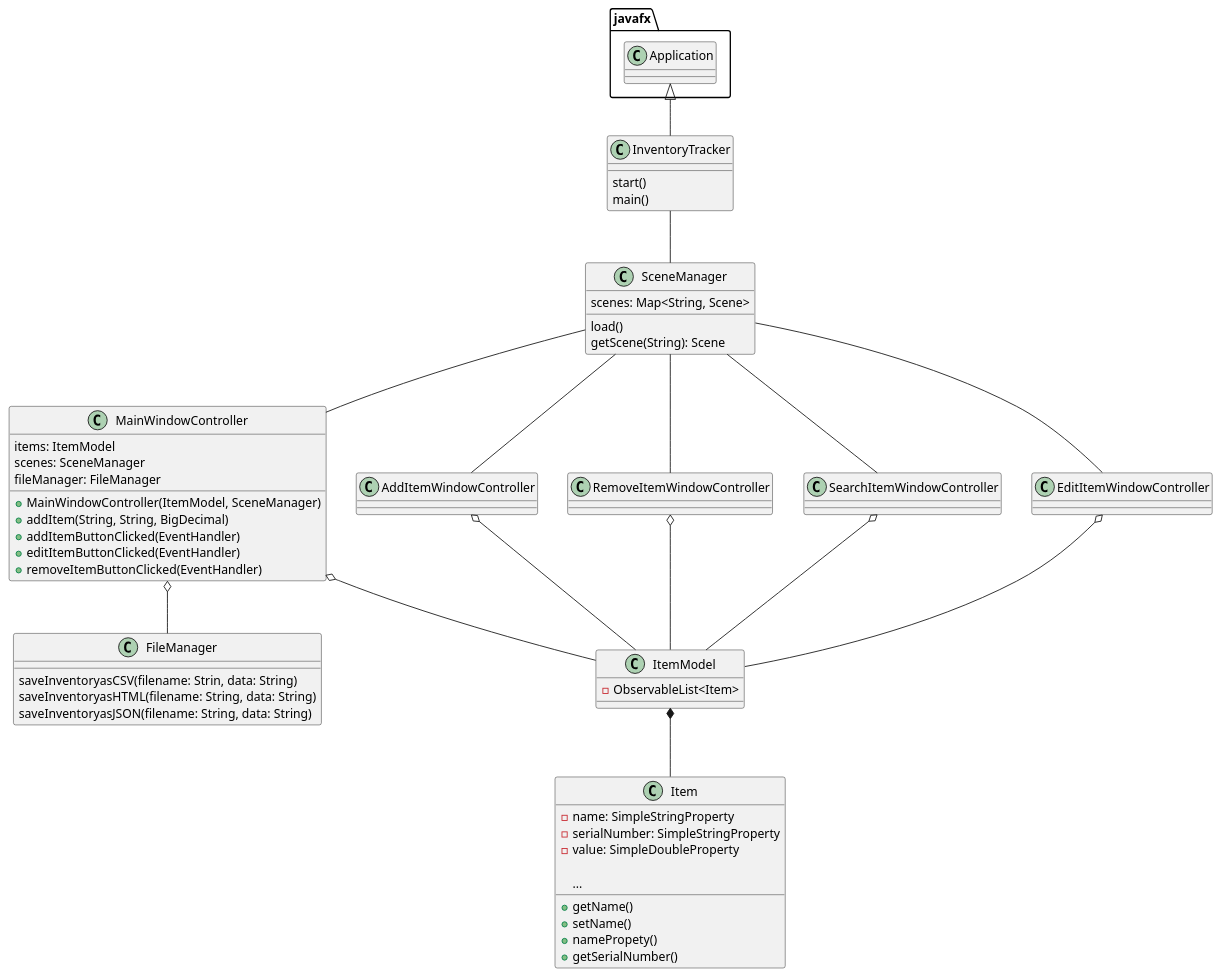
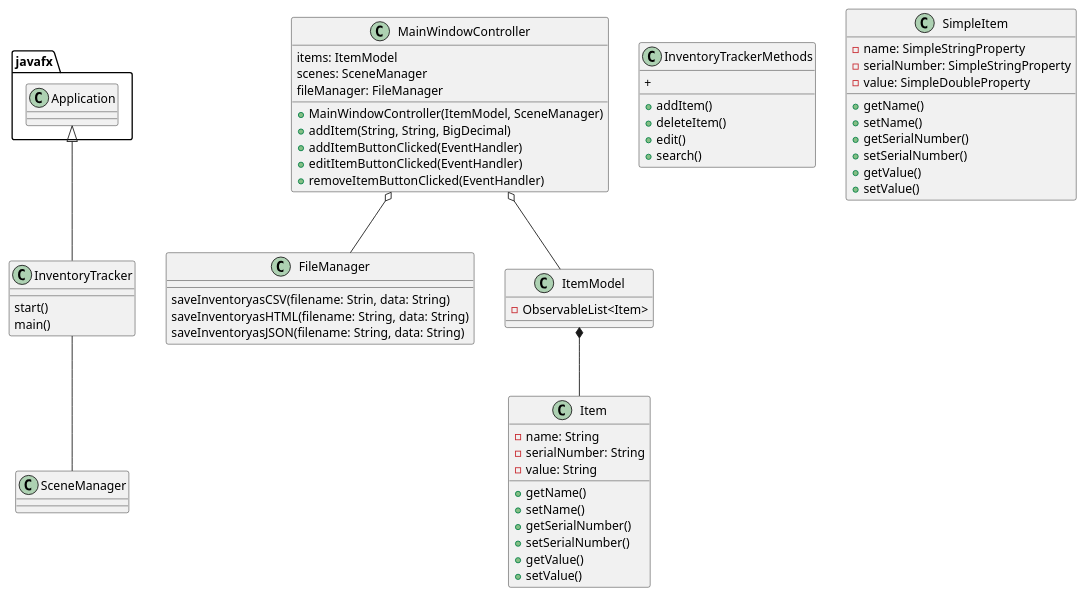
Before and after one commit to k-narotam/Inventory-Tracker: the diagram in uml/diagram.puml, drawn with PlantUML. The commit also changed 11 other files, not shown here.

```diff
--- a/uml/diagram.puml
+++ b/uml/diagram.puml
@@ -1,75 +1,77 @@
 @startuml
 'https://plantuml.com/class-diagram
 
 class InventoryTracker {
     start()
     main()
-}
-
-class SceneManager {
-    scenes: Map<String, Scene>
-    load()
-    getScene(String): Scene
 }
 
 class MainWindowController {
     items: ItemModel
     scenes: SceneManager
     fileManager: FileManager
     + MainWindowController(ItemModel, SceneManager)
     + addItem(String, String, BigDecimal)
     + addItemButtonClicked(EventHandler)
     + editItemButtonClicked(EventHandler)
     + removeItemButtonClicked(EventHandler)
 
 }
 
+class InventoryTrackerMethods {
+    +addItem()
+    +deleteItem()
+    +edit()
+    +search()
+    +
+
+
+}
+
+
 class FileManager {
     saveInventoryasCSV(filename: Strin, data: String)
     saveInventoryasHTML(filename: String, data: String)
     saveInventoryasJSON(filename: String, data: String)
    }
 
 
-class AddItemWindowController {
-
-}
-
-class RemoveItemWindowController {
-}
-
-
-class SearchItemWindowController {
-}
 
 class ItemModel {
     - ObservableList<Item>
 }
 
 class Item {
+    - name: String
+    - serialNumber: String
+    - value: String
+
+    +getName()
+    +setName()
+    +getSerialNumber()
+    +setSerialNumber()
+    +getValue()
+    +setValue()
+}
+
+class SimpleItem {
     - name: SimpleStringProperty
     - serialNumber: SimpleStringProperty
     - value: SimpleDoubleProperty
 
     +getName()
     +setName()
-    +namePropety()
     +getSerialNumber()
-    ...
+    +setSerialNumber()
+    +getValue()
+    +setValue()
 }
 
 InventoryTracker -- SceneManager
 javafx.Application <|-- InventoryTracker
-SceneManager -- MainWindowController
-SceneManager -- AddItemWindowController
-SceneManager -- EditItemWindowController
-SceneManager -- RemoveItemWindowController
-SceneManager -- SearchItemWindowController
+
 MainWindowController o-- ItemModel
-AddItemWindowController o-- ItemModel
-EditItemWindowController o-- ItemModel
-RemoveItemWindowController o-- ItemModel
-SearchItemWindowController o-- ItemModel
+
 MainWindowController o-- FileManager
 ItemModel *-- Item
 @enduml
```
